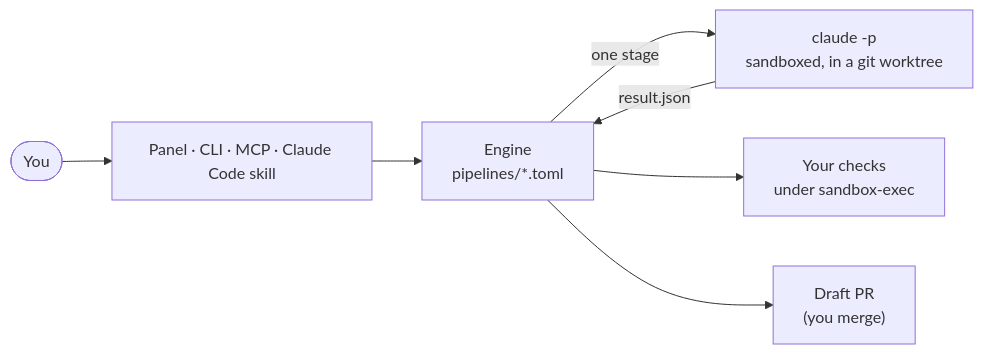
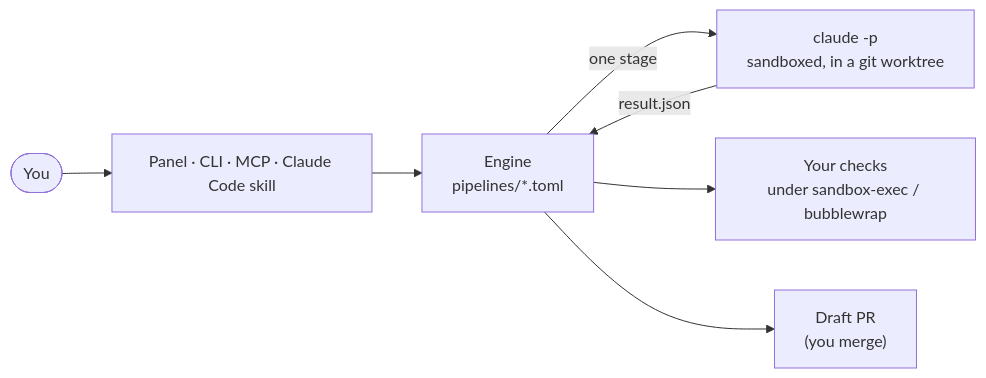
One commit to ilkeryasin8/ziggy-agent changed the diagram in README.md. Above: the diagram before and after it, drawn with Mermaid. The commit also changed other lines of this file and 17 other files, not shown here.

````diff
--- a/README.md
+++ b/README.md
@@ -80,9 +80,9 @@
 ```mermaid
 flowchart LR
     you([You]) --> fronts["Panel · CLI · MCP · Claude Code skill"]
     fronts --> engine["Engine<br/>pipelines/*.toml"]
     engine -- "one stage" --> agent["claude -p<br/>sandboxed, in a git worktree"]
     agent -- "result.json" --> engine
-    engine --> checks["Your checks<br/>under sandbox-exec"]
+    engine --> checks["Your checks<br/>under sandbox-exec / bubblewrap"]
     engine --> pr["Draft PR<br/>(you merge)"]
 ```
````
